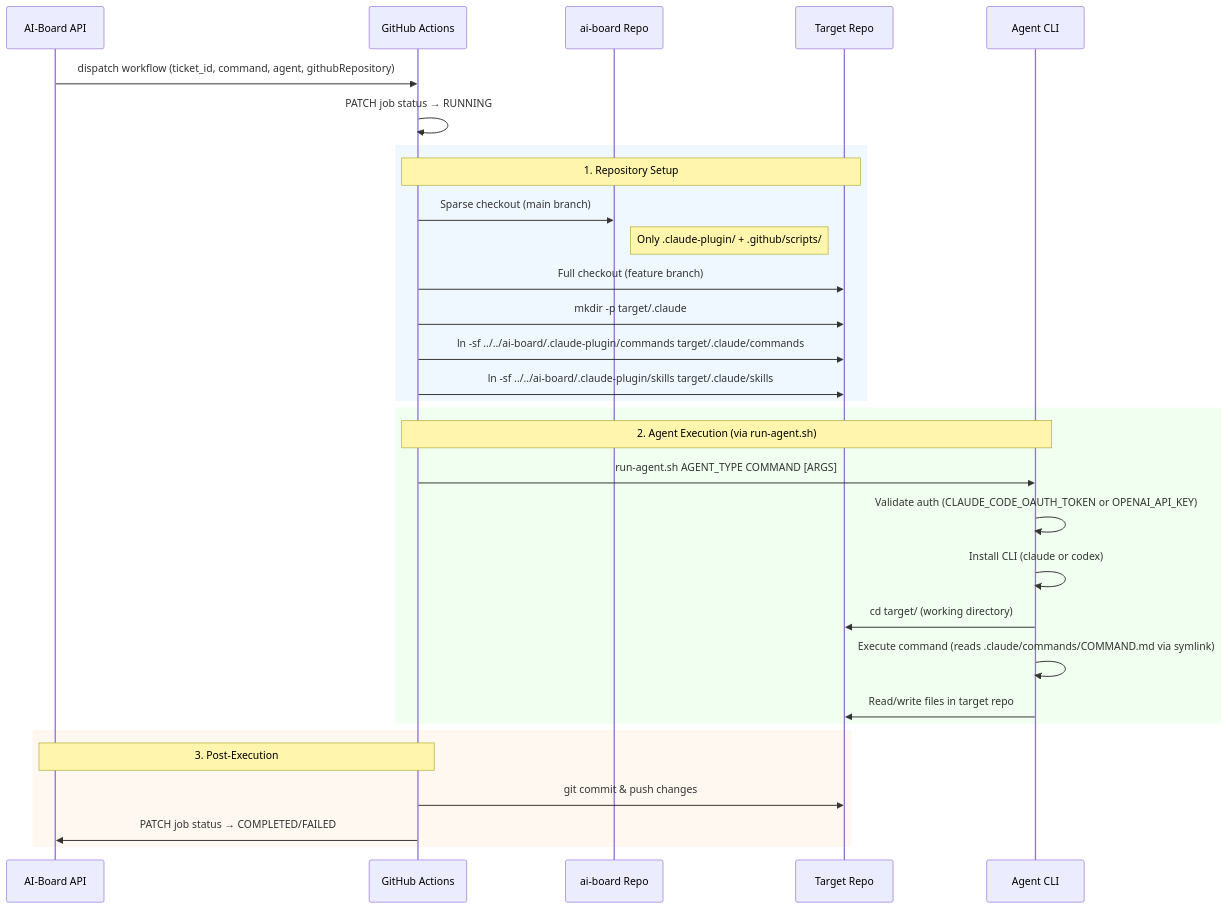
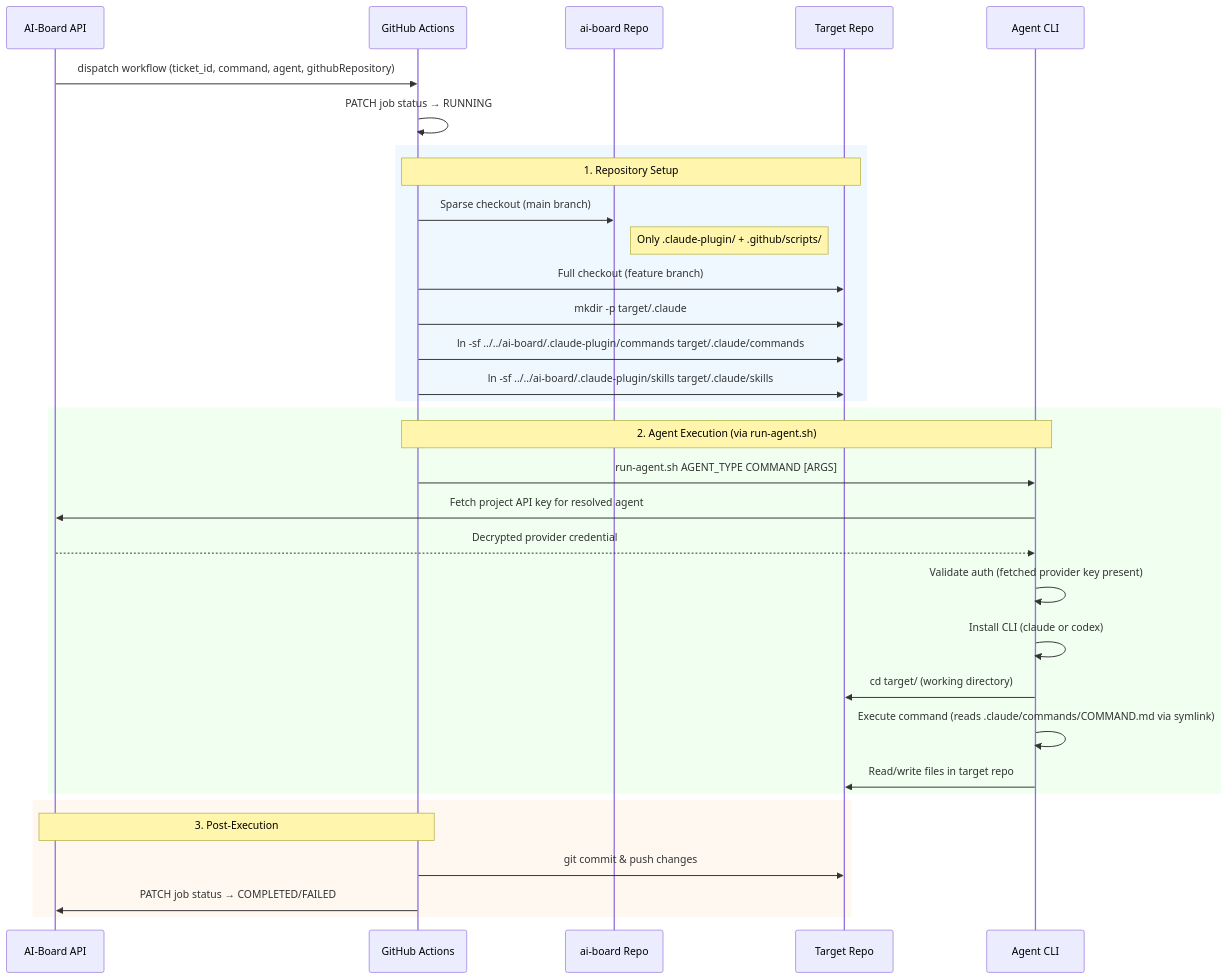
The diagram in specs/specifications/technical/implementation/plugin-architecture.md (bfernandez31/ai-board), drawn with Mermaid before and after one commit. The commit also changed other lines of this file and 11 other files, not shown here.

````diff
--- a/specs/specifications/technical/implementation/plugin-architecture.md
+++ b/specs/specifications/technical/implementation/plugin-architecture.md
@@ -169,37 +169,39 @@
 ```mermaid
 sequenceDiagram
     participant API as AI-Board API
     participant GH as GitHub Actions
     participant AIB as ai-board Repo
     participant TGT as Target Repo
     participant CLI as Agent CLI
 
     API->>GH: dispatch workflow (ticket_id, command, agent, githubRepository)
     GH->>GH: PATCH job status → RUNNING
 
     rect rgb(240, 248, 255)
         Note over GH,TGT: 1. Repository Setup
         GH->>AIB: Sparse checkout (main branch)
         Note right of AIB: Only .claude-plugin/ + .github/scripts/
         GH->>TGT: Full checkout (feature branch)
         GH->>TGT: mkdir -p target/.claude
         GH->>TGT: ln -sf ../../ai-board/.claude-plugin/commands target/.claude/commands
         GH->>TGT: ln -sf ../../ai-board/.claude-plugin/skills target/.claude/skills
     end
 
     rect rgb(240, 255, 240)
         Note over GH,CLI: 2. Agent Execution (via run-agent.sh)
         GH->>CLI: run-agent.sh AGENT_TYPE COMMAND [ARGS]
-        CLI->>CLI: Validate auth (CLAUDE_CODE_OAUTH_TOKEN or OPENAI_API_KEY)
+        CLI->>API: Fetch project API key for resolved agent
+        API-->>CLI: Decrypted provider credential
+        CLI->>CLI: Validate auth (fetched provider key present)
         CLI->>CLI: Install CLI (claude or codex)
         CLI->>TGT: cd target/ (working directory)
         CLI->>CLI: Execute command (reads .claude/commands/COMMAND.md via symlink)
         CLI->>TGT: Read/write files in target repo
     end
 
     rect rgb(255, 248, 240)
         Note over GH,API: 3. Post-Execution
         GH->>TGT: git commit & push changes
         GH->>API: PATCH job status → COMPLETED/FAILED
     end
 ```
````
